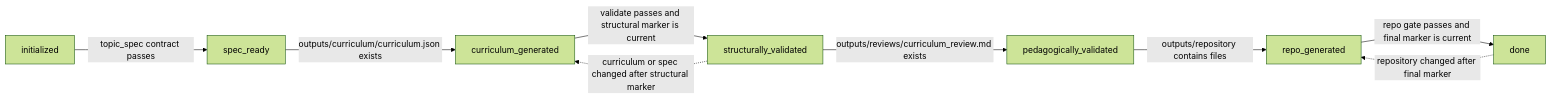
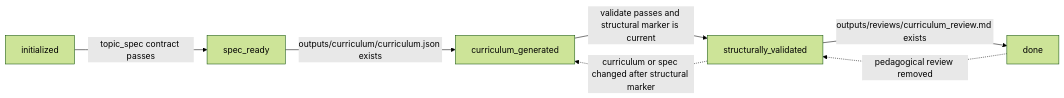
Before and after one commit to Kaastor/curriculum-builder: the first of 3 diagrams in README.md, drawn with Mermaid (forest theme). The commit also changed other lines of this file and 15 other files, not shown here.

````diff
--- a/README.md
+++ b/README.md
@@ -48,11 +44,9 @@
 ```mermaid
 flowchart LR
     A[initialized] -->|topic_spec contract passes| B[spec_ready]
     B -->|outputs/curriculum/curriculum.json exists| C[curriculum_generated]
     C -->|validate passes and structural marker is current| D[structurally_validated]
-    D -->|outputs/reviews/curriculum_review.md exists| E[pedagogically_validated]
-    E -->|outputs/repository contains files| F[repo_generated]
-    F -->|repo gate passes and final marker is current| G[done]
+    D -->|outputs/reviews/curriculum_review.md exists| E[done]
     D -.->|curriculum or spec changed after structural marker| C
-    G -.->|repository changed after final marker| F
+    E -.->|pedagogical review removed| D
 ```
````
